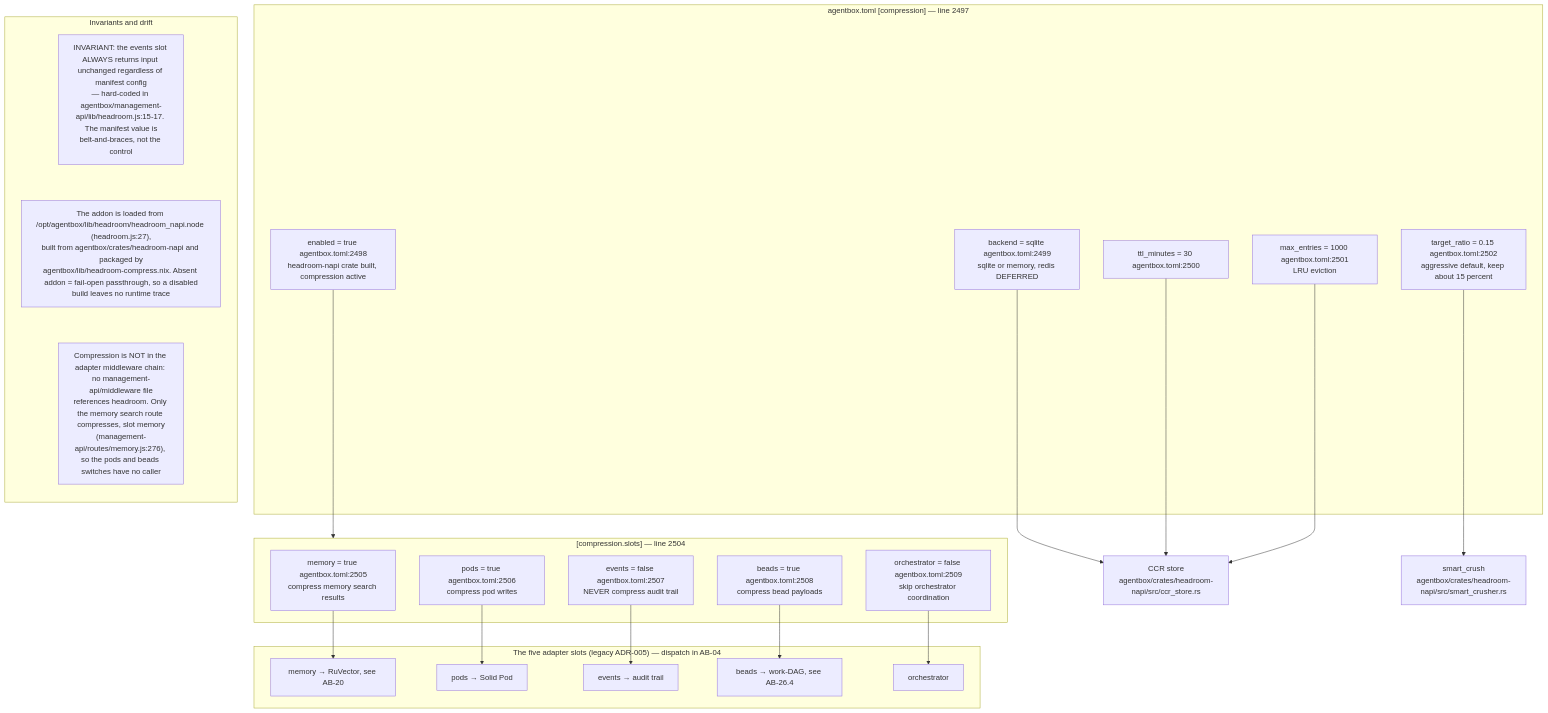
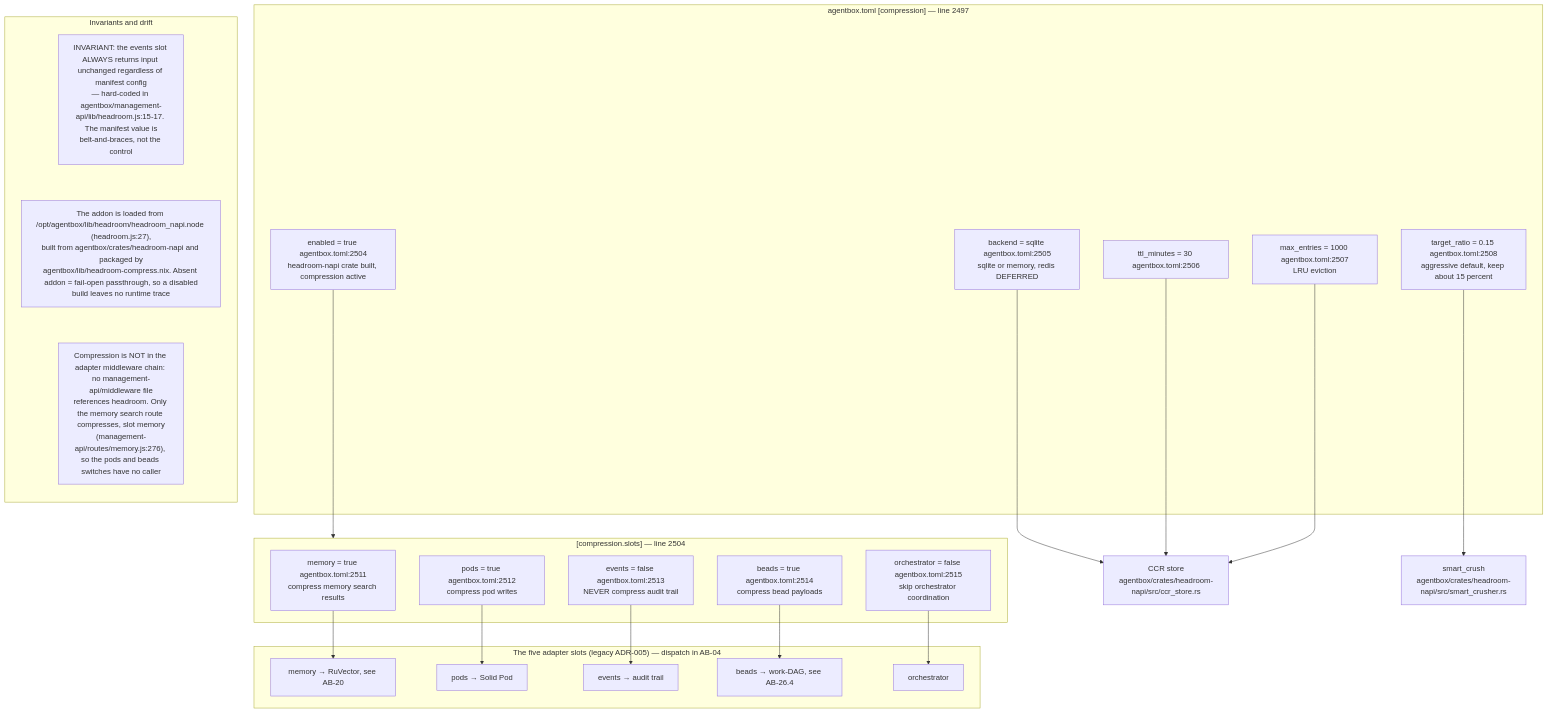
One commit to DreamLab-AI/VisionFlow changed the ninth of 9 diagrams in docs/diagrams/agentbox/26-headroom-beads-spawn-brain.md. Above: the diagram before and after it, drawn with Mermaid. The commit also changed other lines of this file and 154 other files, not shown here.

First line of the commit message:
docs(diagrams): re-stamp 154 topics whose every citation still reads the same text at the current heads

````diff
--- a/docs/diagrams/agentbox/26-headroom-beads-spawn-brain.md
+++ b/docs/diagrams/agentbox/26-headroom-beads-spawn-brain.md
@@ -383,41 +383,41 @@
 ```mermaid
 flowchart TB
     subgraph man["agentbox.toml [compression] — line 2497"]
-        E["enabled = true agentbox.toml:2498<br/>headroom-napi crate built, compression active"]
-        B["backend = sqlite agentbox.toml:2499<br/>sqlite or memory, redis DEFERRED"]
-        T["ttl_minutes = 30 agentbox.toml:2500"]
-        M["max_entries = 1000 agentbox.toml:2501<br/>LRU eviction"]
-        R["target_ratio = 0.15 agentbox.toml:2502<br/>aggressive default, keep about 15 percent"]
+        E["enabled = true agentbox.toml:2504<br/>headroom-napi crate built, compression active"]
+        B["backend = sqlite agentbox.toml:2505<br/>sqlite or memory, redis DEFERRED"]
+        T["ttl_minutes = 30 agentbox.toml:2506"]
+        M["max_entries = 1000 agentbox.toml:2507<br/>LRU eviction"]
+        R["target_ratio = 0.15 agentbox.toml:2508<br/>aggressive default, keep about 15 percent"]
     end
     subgraph slots["[compression.slots] — line 2504"]
-        S1["memory = true agentbox.toml:2505<br/>compress memory search results"]
-        S2["pods = true agentbox.toml:2506<br/>compress pod writes"]
-        S3["events = false agentbox.toml:2507<br/>NEVER compress audit trail"]
-        S4["beads = true agentbox.toml:2508<br/>compress bead payloads"]
-        S5["orchestrator = false agentbox.toml:2509<br/>skip orchestrator coordination"]
+        S1["memory = true agentbox.toml:2511<br/>compress memory search results"]
+        S2["pods = true agentbox.toml:2512<br/>compress pod writes"]
+        S3["events = false agentbox.toml:2513<br/>NEVER compress audit trail"]
+        S4["beads = true agentbox.toml:2514<br/>compress bead payloads"]
+        S5["orchestrator = false agentbox.toml:2515<br/>skip orchestrator coordination"]
     end
     subgraph adapters["The five adapter slots (legacy ADR-005) — dispatch in AB-04"]
         A1["memory → RuVector, see AB-20"]
         A2["pods → Solid Pod"]
         A3["events → audit trail"]
         A4["beads → work-DAG, see AB-26.4"]
         A5["orchestrator"]
     end
     E --> slots
     S1 --> A1
     S2 --> A2
     S3 --> A3
     S4 --> A4
     S5 --> A5
     B --> CCR["CCR store<br/>agentbox/crates/headroom-napi/src/ccr_store.rs"]
     T --> CCR
     M --> CCR
     R --> SC["smart_crush<br/>agentbox/crates/headroom-napi/src/smart_crusher.rs"]
     subgraph notes["Invariants and drift"]
         direction TB
         N1["INVARIANT: the events slot ALWAYS returns input unchanged regardless of manifest config<br/>— hard-coded in agentbox/management-api/lib/headroom.js:15-17. The manifest value is<br/>belt-and-braces, not the control"]
         N2["The addon is loaded from /opt/agentbox/lib/headroom/headroom_napi.node (headroom.js:27),<br/>built from agentbox/crates/headroom-napi and packaged by<br/>agentbox/lib/headroom-compress.nix. Absent addon = fail-open passthrough, so a disabled<br/>build leaves no runtime trace"]
         N3["Compression is NOT in the adapter middleware chain: no management-api/middleware file<br/>references headroom. Only the memory search route compresses, slot memory<br/>(management-api/routes/memory.js:276), so the pods and beads switches have no caller"]
         N1 ~~~ N2 ~~~ N3
     end
 ```
````
